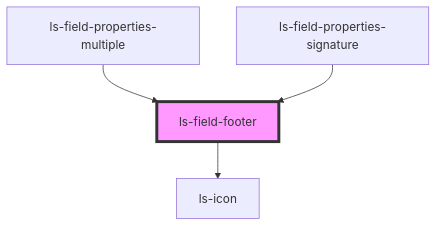
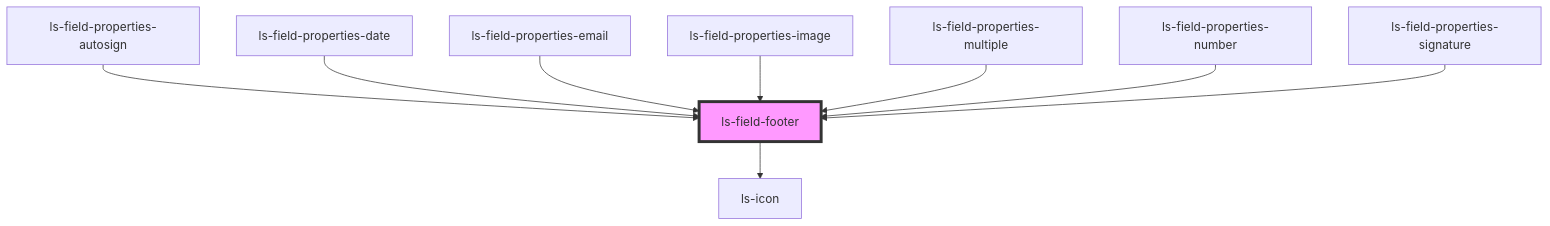
One commit to legalesign/ls-document-viewer changed the diagram in src/components/ls-field-footer/readme.md. Above: the diagram before and after it, drawn with Mermaid. The commit also changed other lines of this file and 25 other files, not shown here.

````diff
--- a/src/components/ls-field-footer/readme.md
+++ b/src/components/ls-field-footer/readme.md
@@ -35,7 +40,12 @@
 ```mermaid
 graph TD;
   ls-field-footer --> ls-icon
+  ls-field-properties-autosign --> ls-field-footer
+  ls-field-properties-date --> ls-field-footer
+  ls-field-properties-email --> ls-field-footer
+  ls-field-properties-image --> ls-field-footer
   ls-field-properties-multiple --> ls-field-footer
+  ls-field-properties-number --> ls-field-footer
   ls-field-properties-signature --> ls-field-footer
   style ls-field-footer fill:#f9f,stroke:#333,stroke-width:4px
 ```
````
